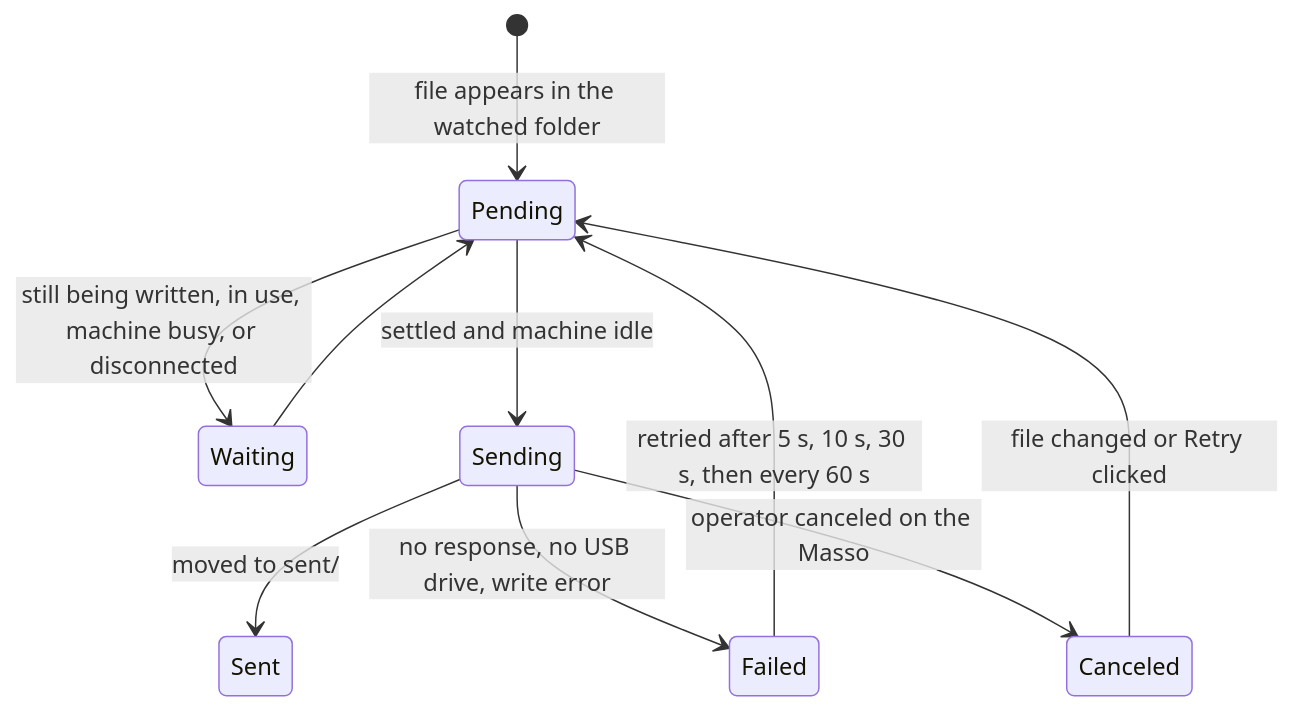
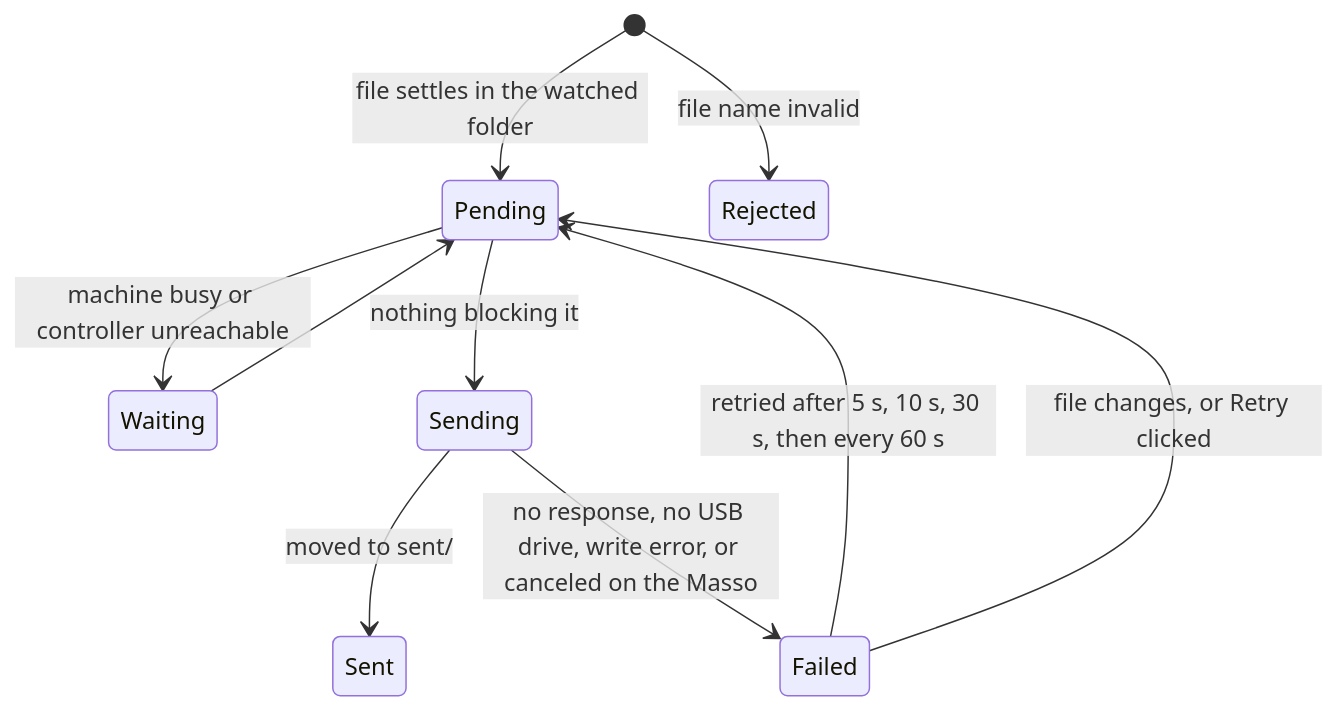
The diagram in README.md (shields/mink-lasso), drawn with Mermaid before and after one commit. The commit also changed other lines of this file and 28 other files, not shown here.

````diff
--- a/README.md
+++ b/README.md
@@ -43,12 +43,12 @@
 ```mermaid
 stateDiagram-v2
-    [*] --> Pending: file appears in the watched folder
-    Pending --> Waiting: still being written, in use, machine busy, or disconnected
+    [*] --> Pending: file settles in the watched folder
+    [*] --> Rejected: file name invalid
+    Pending --> Waiting: machine busy or controller unreachable
     Waiting --> Pending
-    Pending --> Sending: settled and machine idle
+    Pending --> Sending: nothing blocking it
     Sending --> Sent: moved to sent/
-    Sending --> Failed: no response, no USB drive, write error
+    Sending --> Failed: no response, no USB drive, write error, or canceled on the Masso
     Failed --> Pending: retried after 5 s, 10 s, 30 s, then every 60 s
-    Sending --> Canceled: operator canceled on the Masso
-    Canceled --> Pending: file changed or Retry clicked
+    Failed --> Pending: file changes, or Retry clicked
 ```
````
